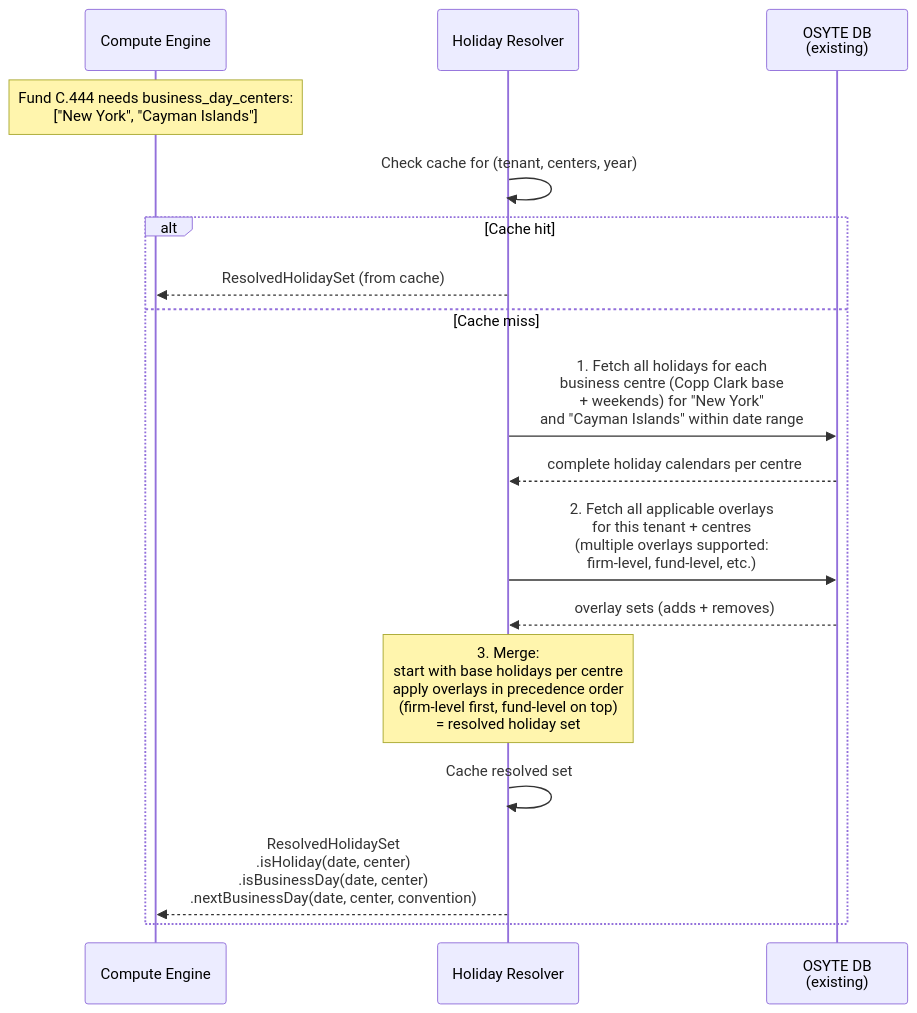
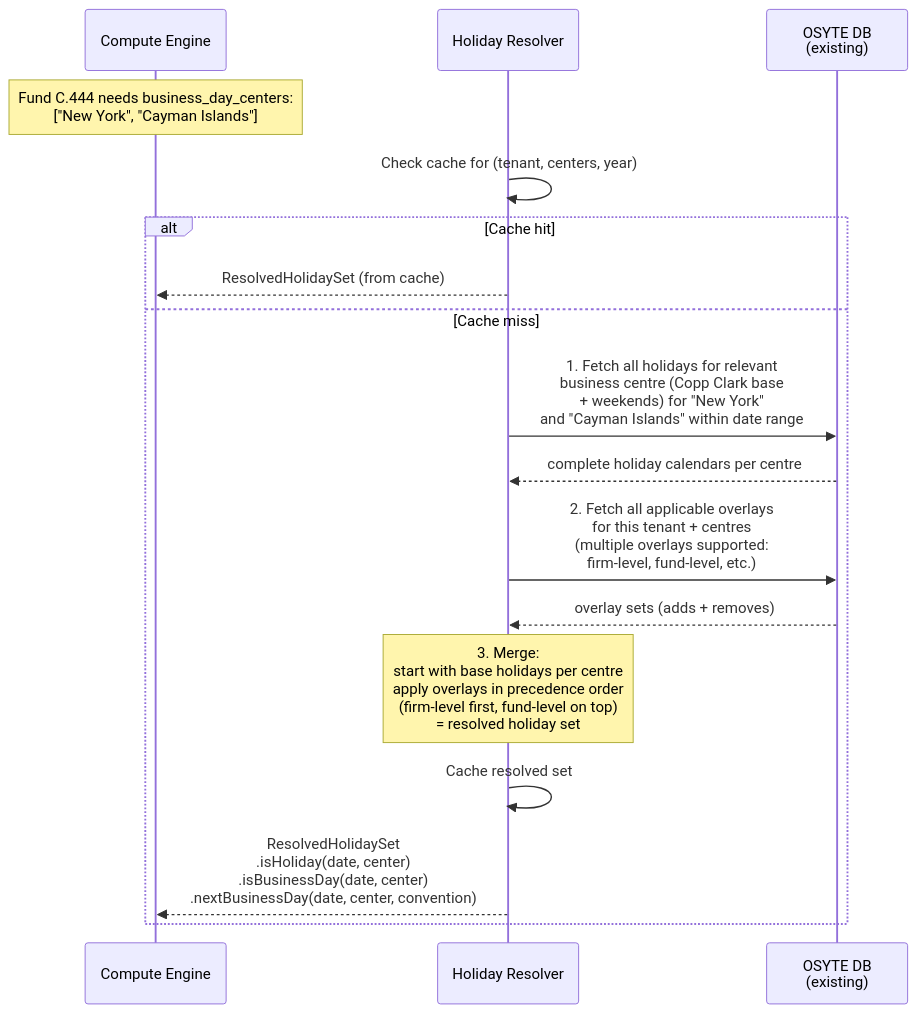
One commit to Ashu290905/OSYTE changed the second of 8 diagrams in lcs-main/docs/architecture.md. Above: the diagram before and after it, drawn with Mermaid.

Commit message:
Clarify cache miss holiday fetching description

````diff
--- a/lcs-main/docs/architecture.md
+++ b/lcs-main/docs/architecture.md
@@ -61,26 +61,26 @@
 ```mermaid
 sequenceDiagram
     participant DE as Compute Engine
     participant HR as Holiday Resolver
     participant DB as OSYTE DB<br/>(existing)
 
     Note over DE: Fund C.444 needs business_day_centers:<br/>["New York", "Cayman Islands"]
 
     HR->>HR: Check cache for (tenant, centers, year)
 
     alt Cache hit
         HR-->>DE: ResolvedHolidaySet (from cache)
     else Cache miss
-        HR->>DB: 1. Fetch all holidays for each<br/>business centre (Copp Clark base<br/>+ weekends) for "New York"<br/>and "Cayman Islands" within date range
+        HR->>DB: 1. Fetch all holidays for relevant<br/>business centre (Copp Clark base<br/>+ weekends) for "New York"<br/>and "Cayman Islands" within date range
         DB-->>HR: complete holiday calendars per centre
 
         HR->>DB: 2. Fetch all applicable overlays<br/>for this tenant + centres<br/>(multiple overlays supported:<br/>firm-level, fund-level, etc.)
         DB-->>HR: overlay sets (adds + removes)
 
         Note over HR: 3. Merge:<br/>start with base holidays per centre<br/>apply overlays in precedence order<br/>(firm-level first, fund-level on top)<br/>= resolved holiday set
 
         HR->>HR: Cache resolved set
 
         HR-->>DE: ResolvedHolidaySet<br/>.isHoliday(date, center)<br/>.isBusinessDay(date, center)<br/>.nextBusinessDay(date, center, convention)
     end
 ```
````
